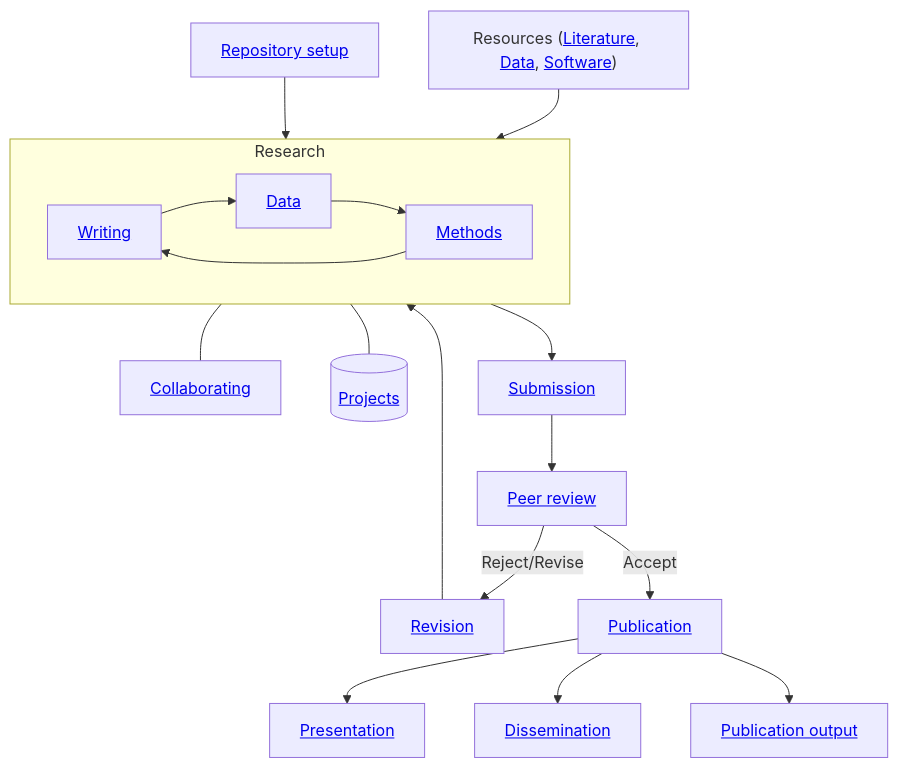
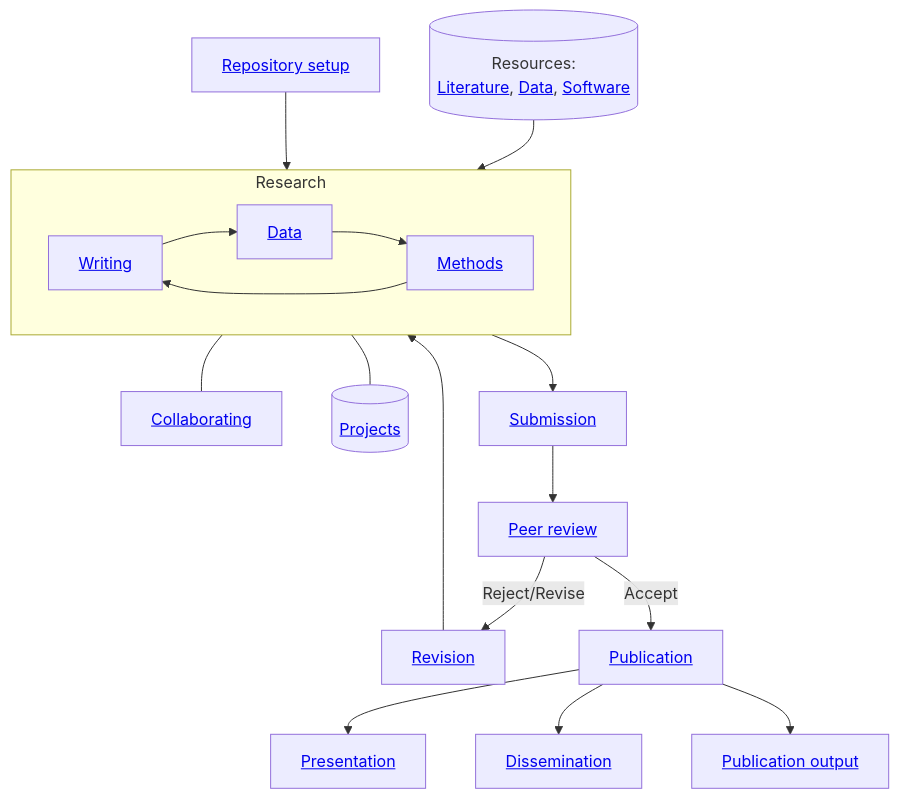
The diagram in docs/20-research/index.md (digital-work-lab/handbook), drawn with Mermaid before and after one commit.

Commit message:
use resource symbol

````diff
--- a/docs/20-research/index.md
+++ b/docs/20-research/index.md
@@ -13,26 +13,26 @@
 ```mermaid
 flowchart TB
 
     subgraph Research
         Writing["<a href='20_processes/20.29.writing.html'>Writing</a>"] --> Data
         Methods["<a href='20_processes/20.18.methods.html'>Methods</a>"] --> Writing
         Data["<a href='20_processes/20.17.data.html'>Data</a>"] --> Methods
     end
 
     Research --- Collaborating["<a href='20_processes/20.16.collaboration.html'>Collaborating</a>"]
     Projects[("<a href='25-projects.html'>Projects</a>")]
     Research --- Projects
 
-    Resources["Resources (<a href='22-literature.html'>Literature</a>, <a href='23-data.html'>Data</a>, <a href='24-software.html'>Software</a>)"] --> Research
+    Resources[("Resources:<br><a href='22-literature.html'>Literature</a>, <a href='23-data.html'>Data</a>, <a href='24-software.html'>Software</a>")] --> Research
     Setup["<a href='20_processes/20.15.repo-setup.html'>Repository setup</a>"] --> Research
     Research --> Submission["<a href='20_processes/20.30.pre-submission.html'>Submission</a>"]
     Submission --> Review["<a href='../50-service/50_processes/50.10.reviewer.html'>Peer review</a>"]
     Review -->|Reject/Revise| Revise["<a href='20_processes/20.32.revision.html'>Revision</a>"]
     Revise --> Research
     
     Review -->|Accept| Publication["<a href='20_processes/20.33.publication.html'>Publication</a>"]
     Publication --> Presentation["<a href='20_processes/20.28.presentation.html'>Presentation</a>"]
     Publication --> Dissemination["<a href='20_processes/20.34.dissemination.html'>Dissemination</a>"]
     Publication --> PublicationOutput["<a href='29-publications.html'>Publication output</a>"]
 
 ```
````
